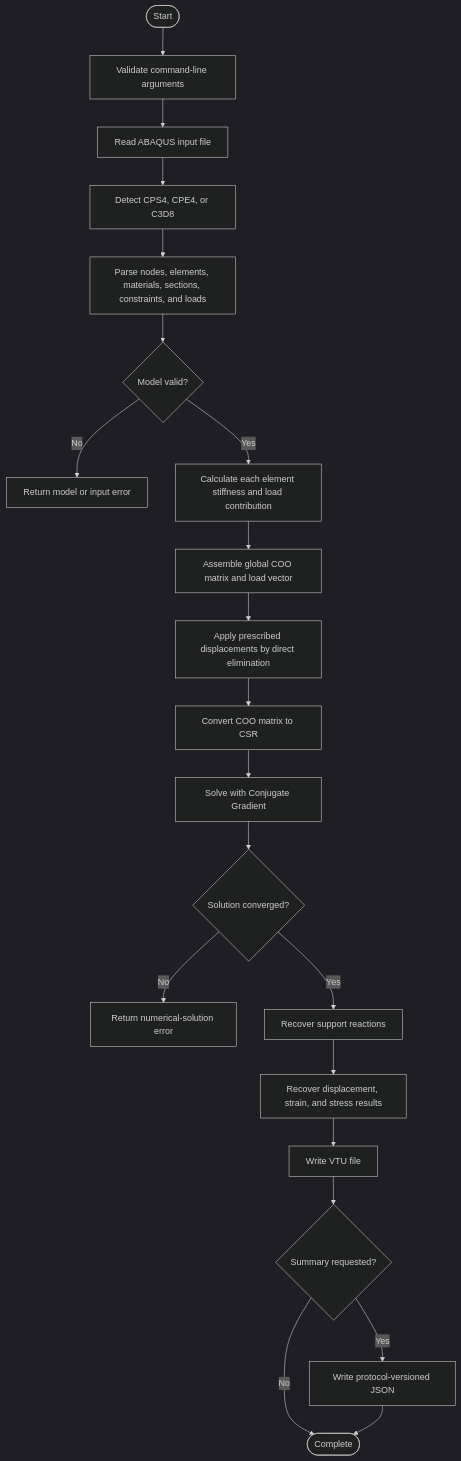
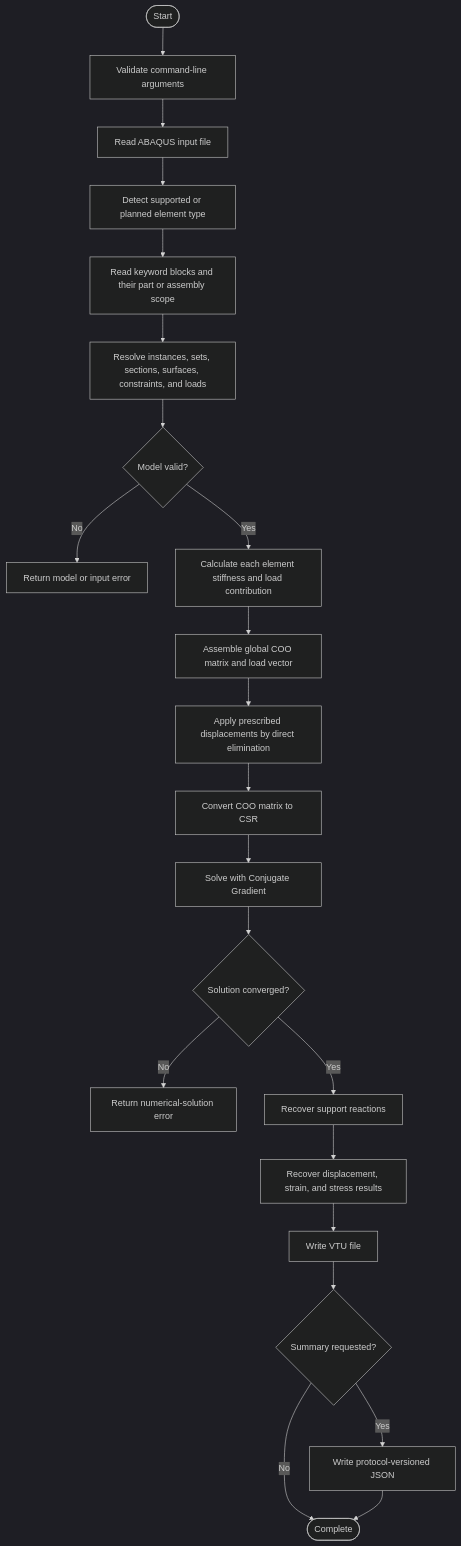
The second of 2 diagrams in docs/ARCHITECTURE.md (AnoopPatel582/FinEleMethod), drawn with Mermaid (dark theme) before and after one commit. The commit also changed other lines of this file and 15 other files, not shown here.

````diff
--- a/docs/ARCHITECTURE.md
+++ b/docs/ARCHITECTURE.md
@@ -69,23 +70,24 @@
 ```mermaid
 flowchart TD
     Start([Start]) --> Arguments[Validate command-line arguments]
     Arguments --> Read[Read ABAQUS input file]
-    Read --> Detect[Detect CPS4, CPE4, or C3D8]
-    Detect --> Parse[Parse nodes, elements, materials, sections, constraints, and loads]
-    Parse --> Validate{Model valid?}
+    Read --> Detect[Detect supported or planned element type]
+    Detect --> Parse[Read keyword blocks and their part or assembly scope]
+    Parse --> Normalize[Resolve instances, sets, sections, surfaces, constraints, and loads]
+    Normalize --> Validate{Model valid?}
     Validate -- No --> ModelError[Return model or input error]
     Validate -- Yes --> ElementLoop[Calculate each element stiffness and load contribution]
     ElementLoop --> COO[Assemble global COO matrix and load vector]
     COO --> Eliminate[Apply prescribed displacements by direct elimination]
     Eliminate --> Convert[Convert COO matrix to CSR]
     Convert --> Solve[Solve with Conjugate Gradient]
     Solve --> Converged{Solution converged?}
     Converged -- No --> NumericalError[Return numerical-solution error]
     Converged -- Yes --> Reactions[Recover support reactions]
     Reactions --> Results[Recover displacement, strain, and stress results]
     Results --> WriteVTU[Write VTU file]
     WriteVTU --> OptionalSummary{Summary requested?}
     OptionalSummary -- Yes --> WriteSummary[Write protocol-versioned JSON]
     OptionalSummary -- No --> Complete([Complete])
     WriteSummary --> Complete
 ```
````
